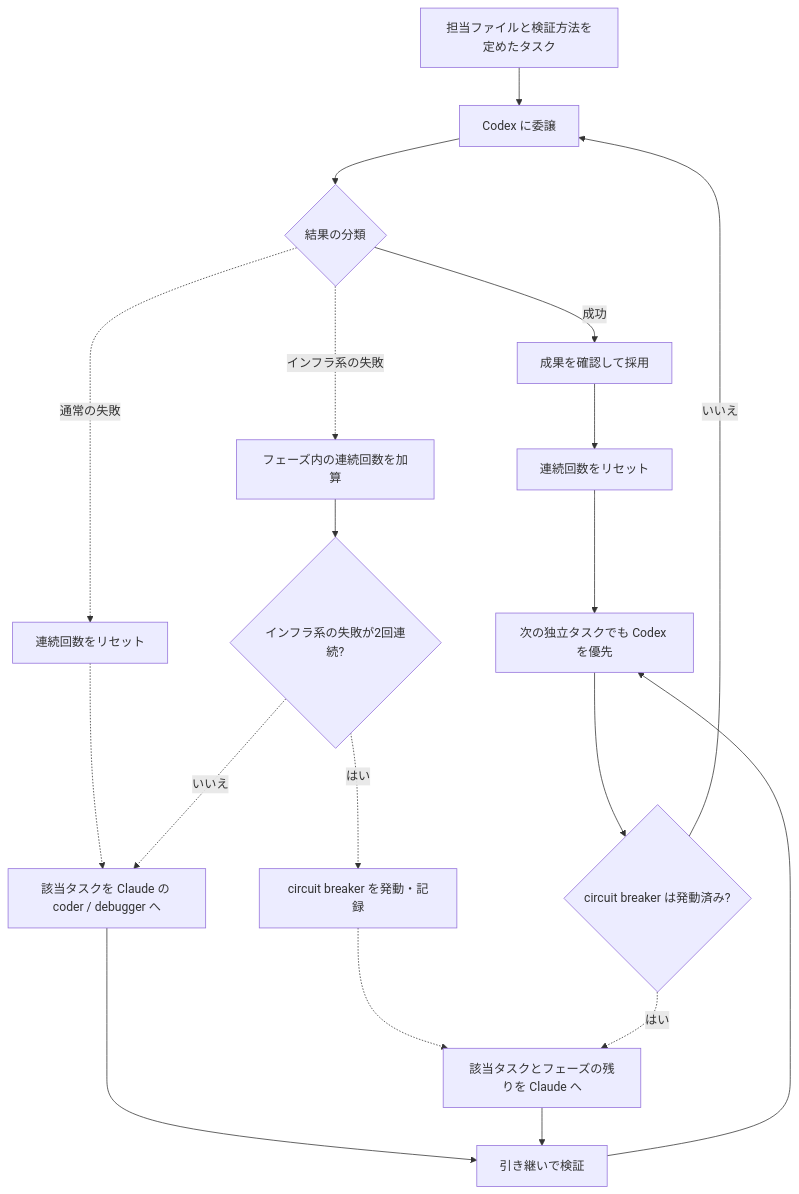
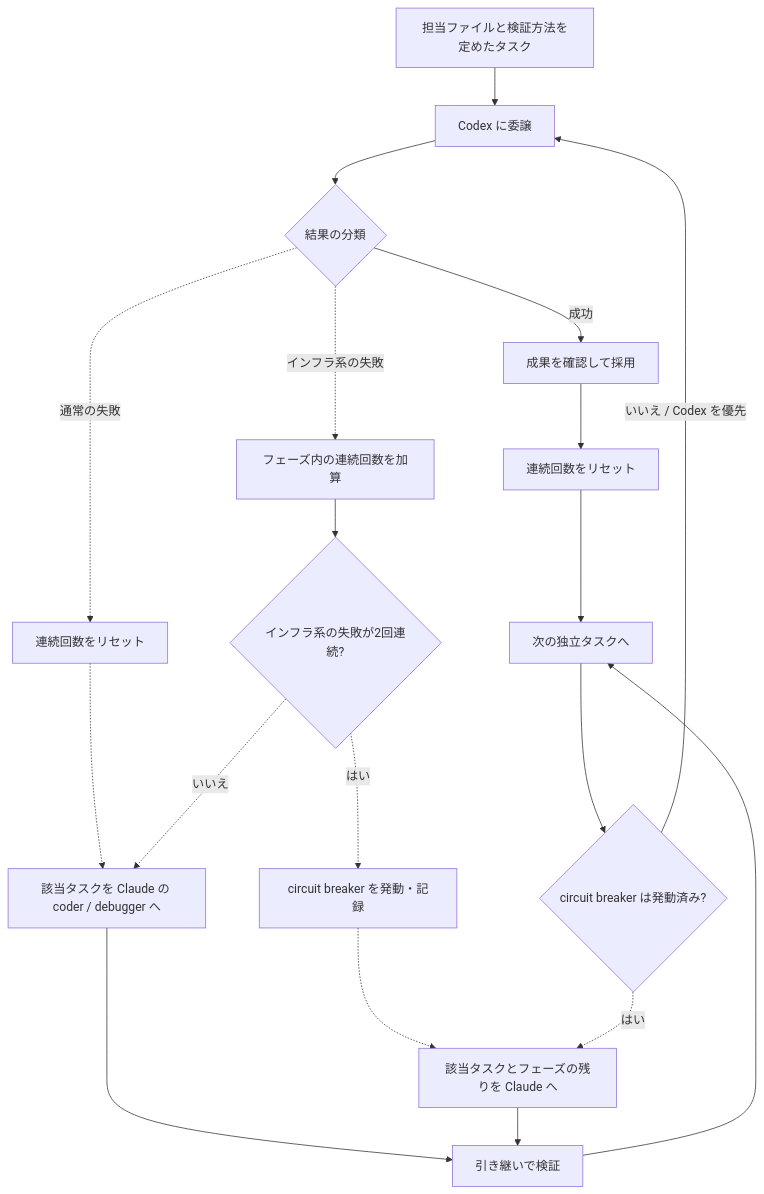
The second of 2 diagrams in docs/architecture.md (satellite1105/dev-factory-showcase), drawn with Mermaid before and after one commit. The commit also changed other lines of this file and 9 other files, not shown here.

First line of the commit message:
Clarify diagrams, simplify pre-publication checklist

````diff
--- a/docs/architecture.md
+++ b/docs/architecture.md
@@ -89,21 +95,21 @@
 ```mermaid
 flowchart TD
     TASK["担当ファイルと検証方法を定めたタスク"] --> CODEX["Codex に委譲"]
     CODEX --> RESULT{"結果の分類"}
     RESULT -->|"成功"| ADOPT["成果を確認して採用"]
     RESULT -.->|"通常の失敗"| NORMAL["連続回数をリセット"]
     NORMAL -.-> FALLBACK["該当タスクを Claude の coder / debugger へ"]
     RESULT -.->|"インフラ系の失敗"| COUNT["フェーズ内の連続回数を加算"]
     COUNT --> LIMIT{"インフラ系の失敗が2回連続?"}
     LIMIT -.->|"いいえ"| FALLBACK
     LIMIT -.->|"はい"| BREAKER["circuit breaker を発動・記録"]
     BREAKER -.-> REST["該当タスクとフェーズの残りを Claude へ"]
     ADOPT --> RESET["連続回数をリセット"]
     FALLBACK --> FINISH["引き継いで検証"]
     REST --> FINISH
-    RESET --> NEXT["次の独立タスクでも Codex を優先"]
+    RESET --> NEXT["次の独立タスクへ"]
     FINISH --> NEXT
     NEXT --> CHECK{"circuit breaker は発動済み?"}
-    CHECK -->|"いいえ"| CODEX
+    CHECK -->|"いいえ / Codex を優先"| CODEX
     CHECK -.->|"はい"| REST
 ```
````
